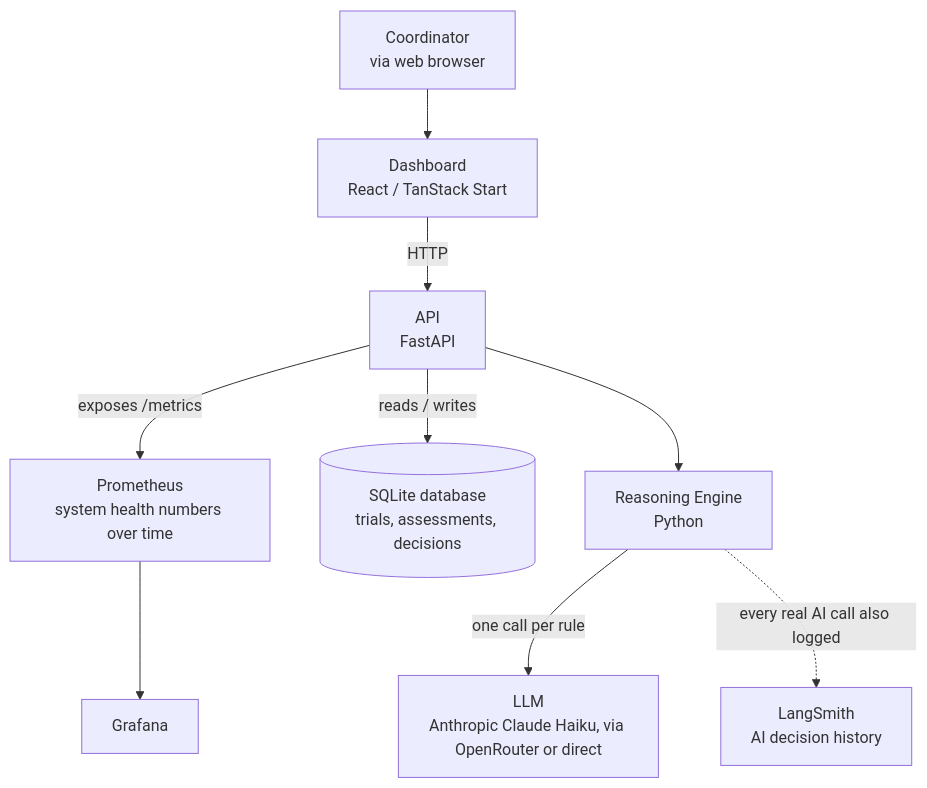
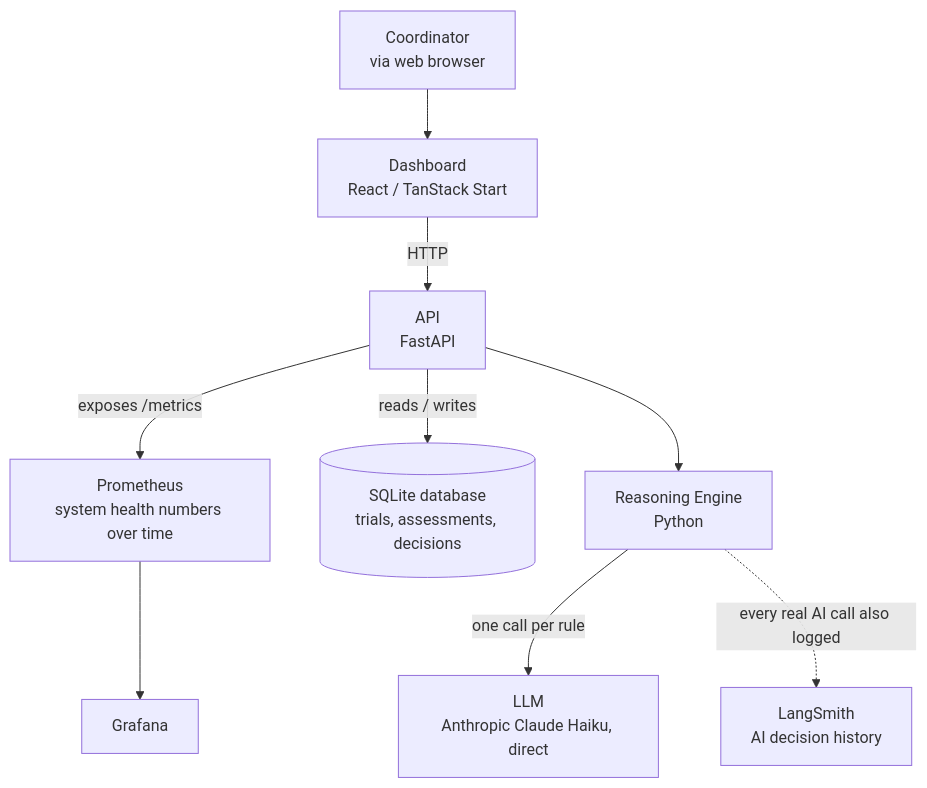
One commit to CogKnowEdge-Solutions/Production-Layer changed the first of 2 diagrams in CareMatch-Prototype/project_summary.md. Above: the diagram before and after it, drawn with Mermaid. The commit also changed 28 other files, not shown here.

Commit message:
feat: finish verified task suite - nav contrast, review persistence, decision gate, call_llm rename, trial/assessment deletion, loading spinner, remove OpenRouter

````diff
--- a/CareMatch-Prototype/project_summary.md
+++ b/CareMatch-Prototype/project_summary.md
@@ -45,11 +45,11 @@
 ```mermaid
 flowchart TD
     COORD[Coordinator<br/>via web browser] --> DASH[Dashboard<br/>React / TanStack Start]
     DASH -- HTTP --> API[API<br/>FastAPI]
     API -- exposes /metrics --> PROM[Prometheus<br/>system health numbers over time]
     PROM --> GRAF[Grafana]
     API -- reads / writes --> DB[(SQLite database<br/>trials, assessments, decisions)]
     API --> ENG[Reasoning Engine<br/>Python]
-    ENG -- one call per rule --> LLM[LLM<br/>Anthropic Claude Haiku, via OpenRouter or direct]
+    ENG -- one call per rule --> LLM[LLM<br/>Anthropic Claude Haiku, direct]
     ENG -. every real AI call also logged .-> LS[LangSmith<br/>AI decision history]
 ```
````
